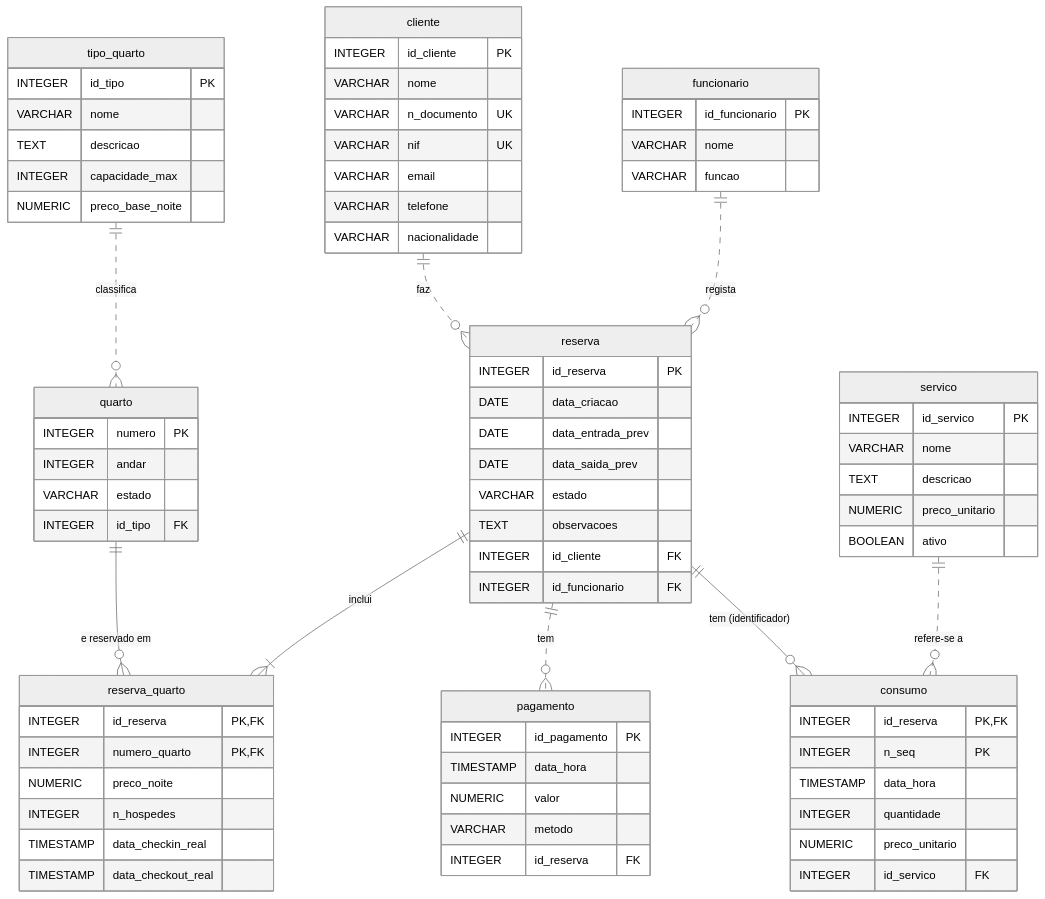
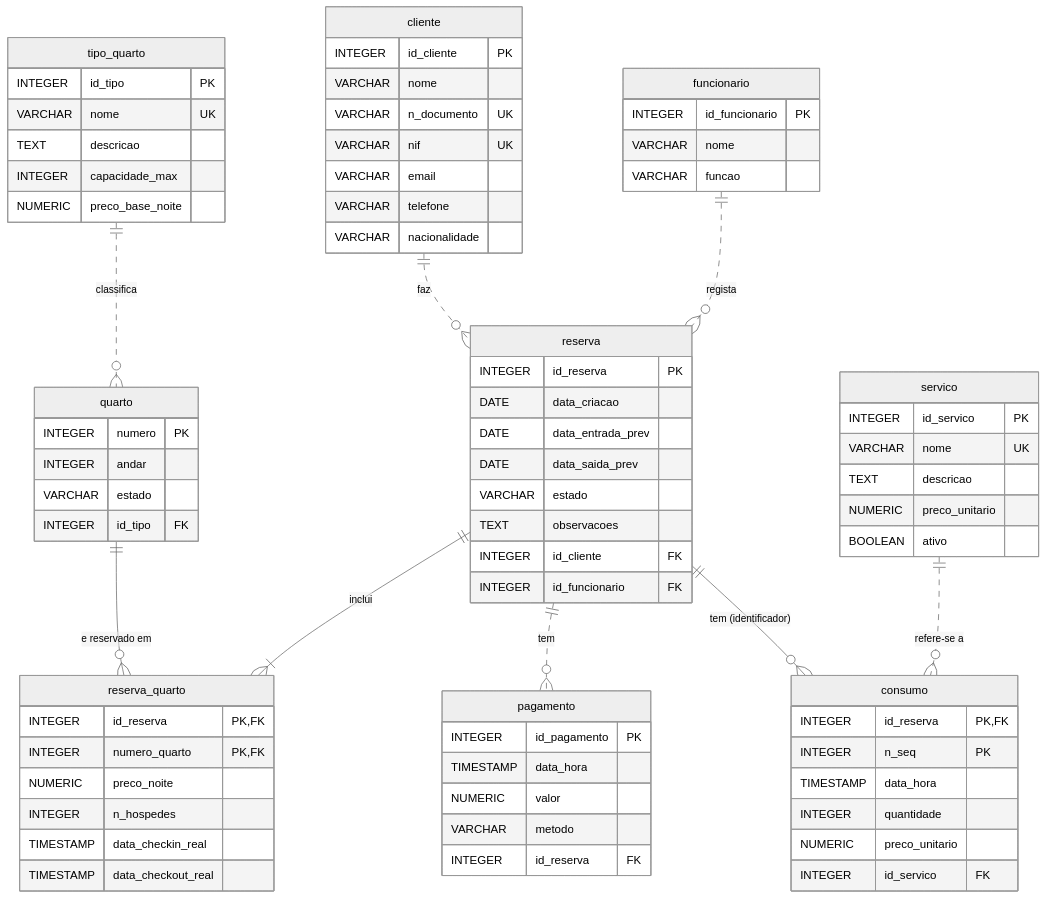
One commit to DiogoVicente8/Projeto_Base_De_Dados changed the diagram in modelos/modelo_relacional.md. Above: the diagram before and after it, drawn with Mermaid (neutral theme). The commit also changed other lines of this file and 8 other files, not shown here.

```diff
--- a/modelos/modelo_relacional.md
+++ b/modelos/modelo_relacional.md
@@ -15,7 +15,7 @@
 
     tipo_quarto {
         INTEGER id_tipo PK
-        VARCHAR nome
+        VARCHAR nome UK
         TEXT descricao
         INTEGER capacidade_max
         NUMERIC preco_base_noite
@@ -66,7 +66,7 @@
 
     servico {
         INTEGER id_servico PK
-        VARCHAR nome
+        VARCHAR nome UK
         TEXT descricao
         NUMERIC preco_unitario
         BOOLEAN ativo
```
